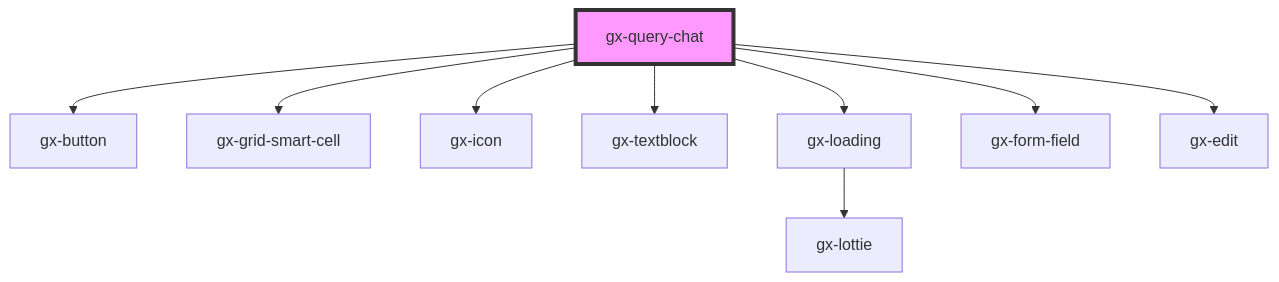
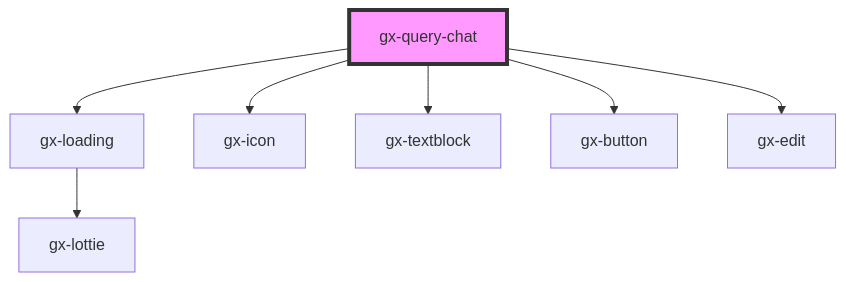
Before and after one commit to genexuslabs/reporting-controls-library: the diagram in src/components/gx-query/query-chat/readme.md, drawn with Mermaid. The commit also changed other lines of this file and 26 other files, not shown here.

Commit message:
Include graph in storybook

````diff
--- a/src/components/gx-query/query-chat/readme.md
+++ b/src/components/gx-query/query-chat/readme.md
@@ -42,12 +56,10 @@
 ```mermaid
 graph TD;
-  gx-query-chat --> gx-button
-  gx-query-chat --> gx-grid-smart-cell
+  gx-query-chat --> gx-loading
   gx-query-chat --> gx-icon
   gx-query-chat --> gx-textblock
-  gx-query-chat --> gx-loading
-  gx-query-chat --> gx-form-field
+  gx-query-chat --> gx-button
   gx-query-chat --> gx-edit
   gx-loading --> gx-lottie
   style gx-query-chat fill:#f9f,stroke:#333,stroke-width:4px
 ```
````
